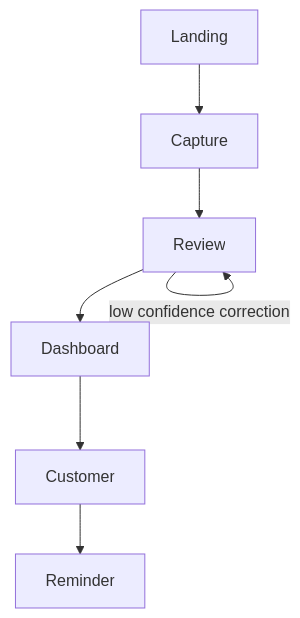
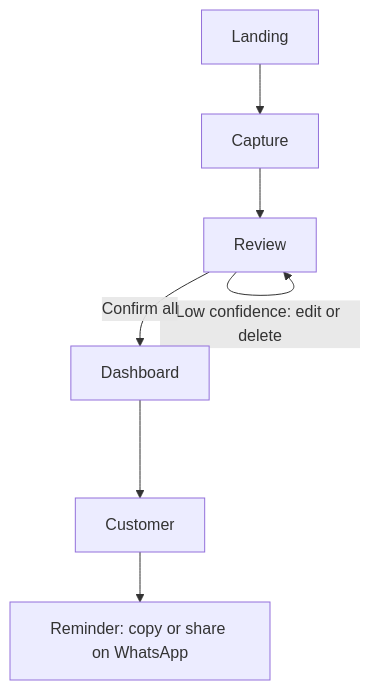
One commit to VISHALIN-rgm/TabTalk changed the fifth of 7 diagrams in README.md. Above: the diagram before and after it, drawn with Mermaid. The commit also changed other lines of this file, not shown here.

````diff
--- a/README.md
+++ b/README.md
@@ -79,5 +253,9 @@
 ```mermaid
 flowchart TD
- Landing --> Capture --> Review --> Dashboard --> Customer --> Reminder
- Review -->|low confidence correction| Review
+    L["Landing"] --> C["Capture"]
+    C --> R["Review"]
+    R -->|"Low confidence: edit or delete"| R
+    R -->|"Confirm all"| D["Dashboard"]
+    D --> CU["Customer"]
+    CU --> RM["Reminder: copy or share on WhatsApp"]
 ```
````
